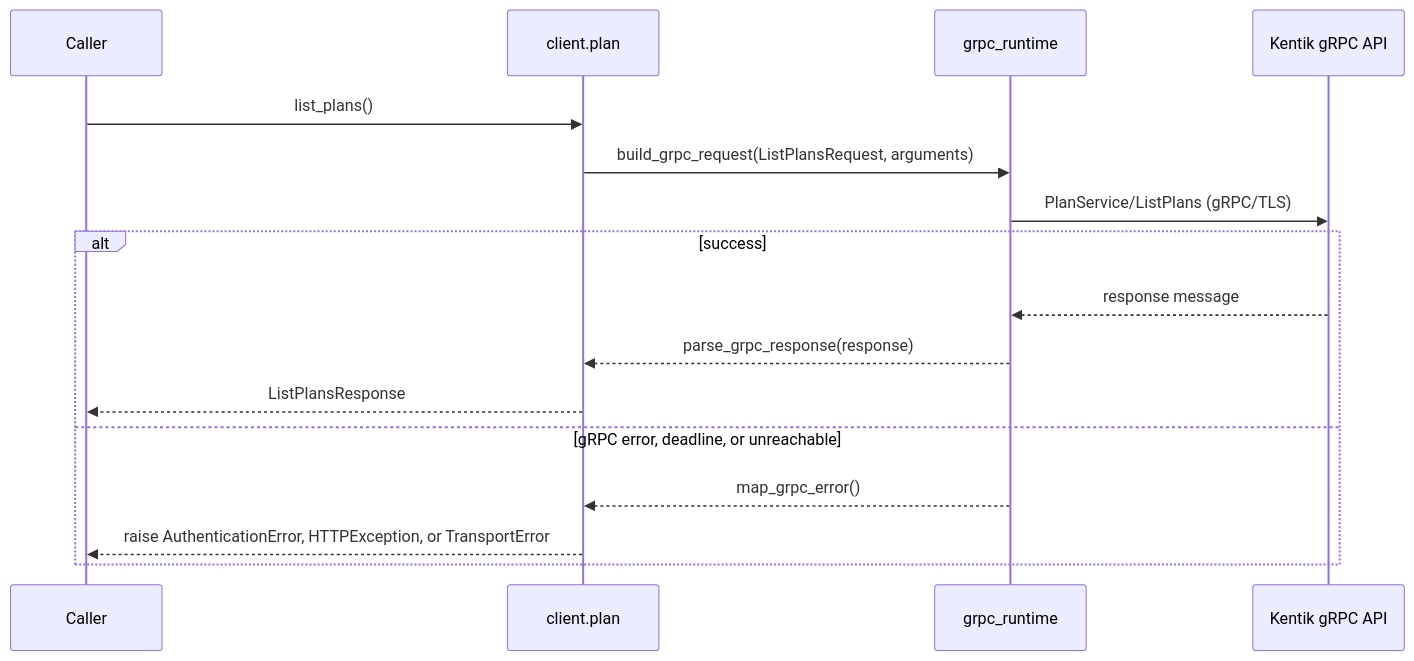
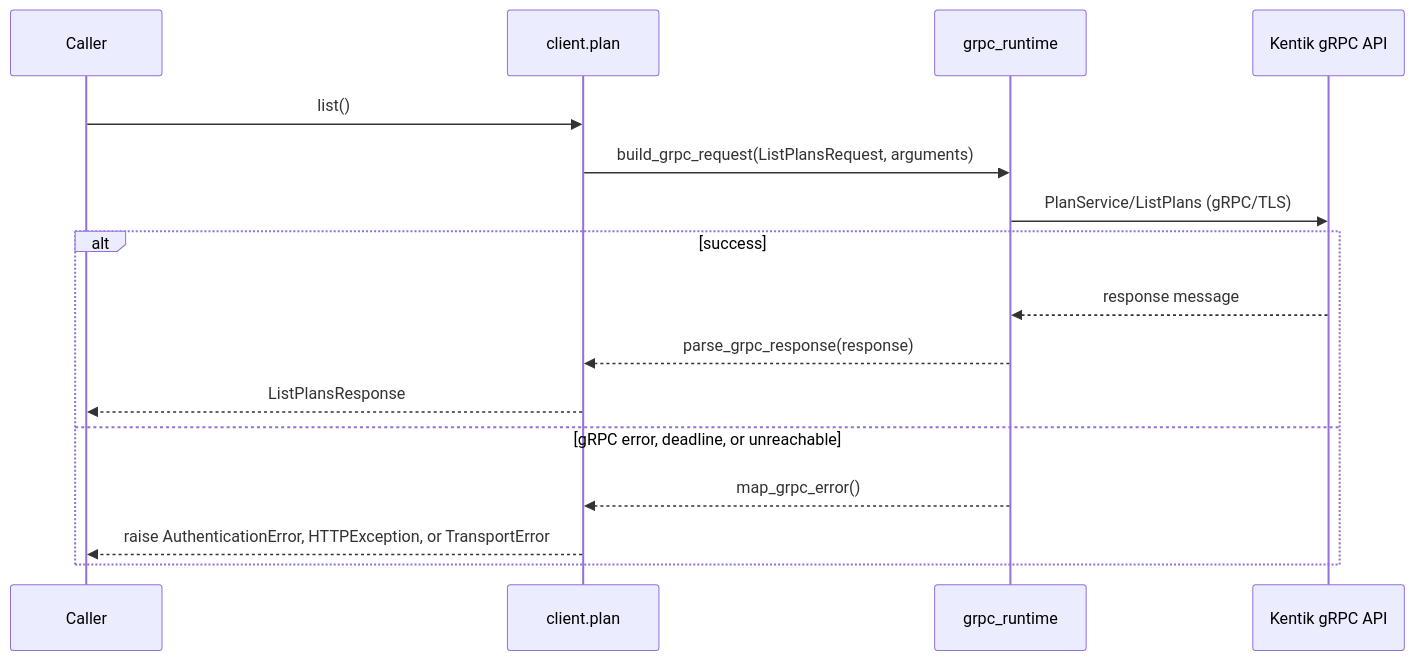
One commit to alexdearaujo/community_sdk_python changed the third of 4 diagrams in docs/sphinx/services/plan.md. Above: the diagram before and after it, drawn with Mermaid. The commit also changed other lines of this file and 119 other files, not shown here.

````diff
--- a/docs/sphinx/services/plan.md
+++ b/docs/sphinx/services/plan.md
@@ -59,19 +59,19 @@
 ```mermaid
 sequenceDiagram
     participant C as Caller
     participant W as client.plan
     participant R as grpc_runtime
     participant API as Kentik gRPC API
 
-    C->>W: list_plans()
+    C->>W: list()
     W->>R: build_grpc_request(ListPlansRequest, arguments)
     R->>API: PlanService/ListPlans (gRPC/TLS)
     alt success
         API-->>R: response message
         R-->>W: parse_grpc_response(response)
         W-->>C: ListPlansResponse
     else gRPC error, deadline, or unreachable
         R-->>W: map_grpc_error()
         W-->>C: raise AuthenticationError, HTTPException, or TransportError
     end
 ```
````
